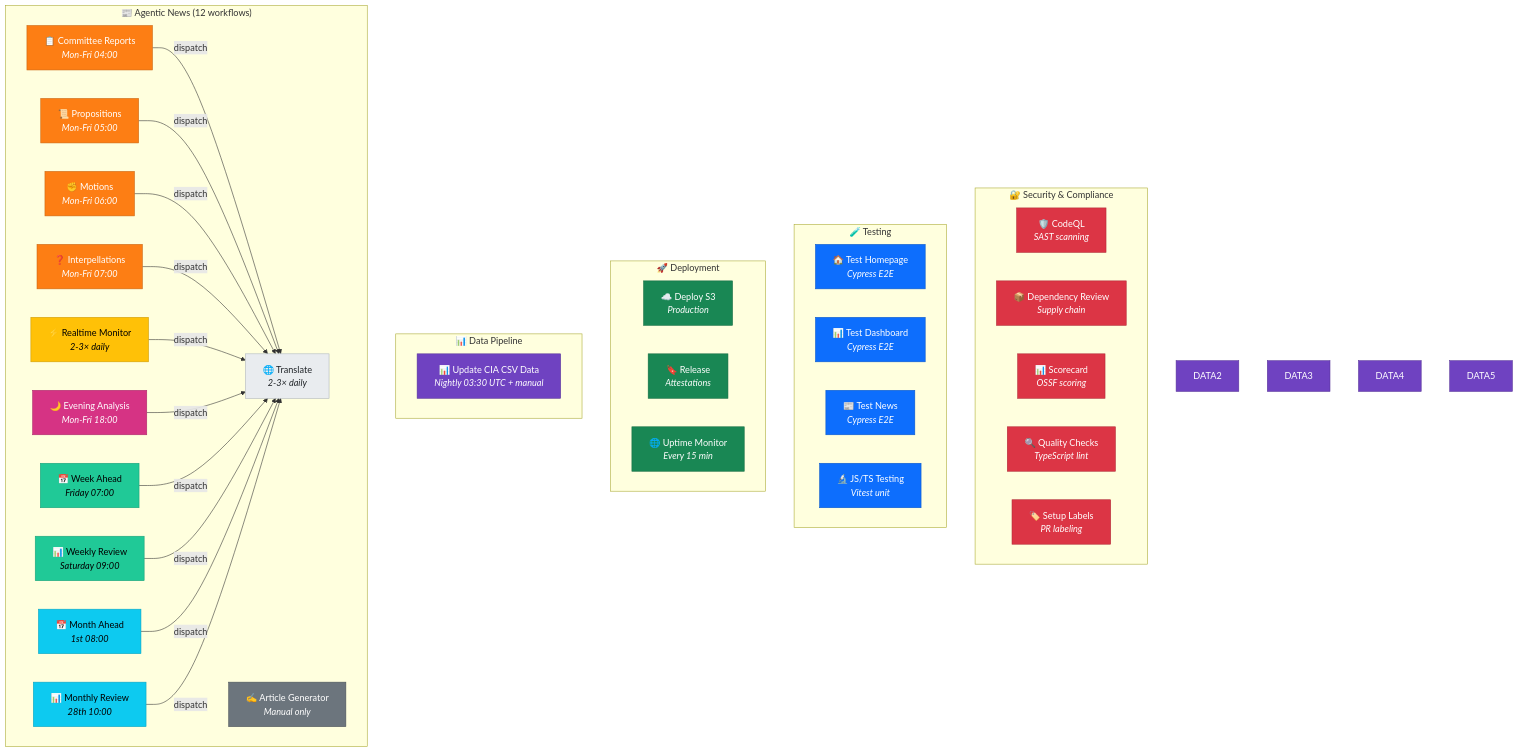
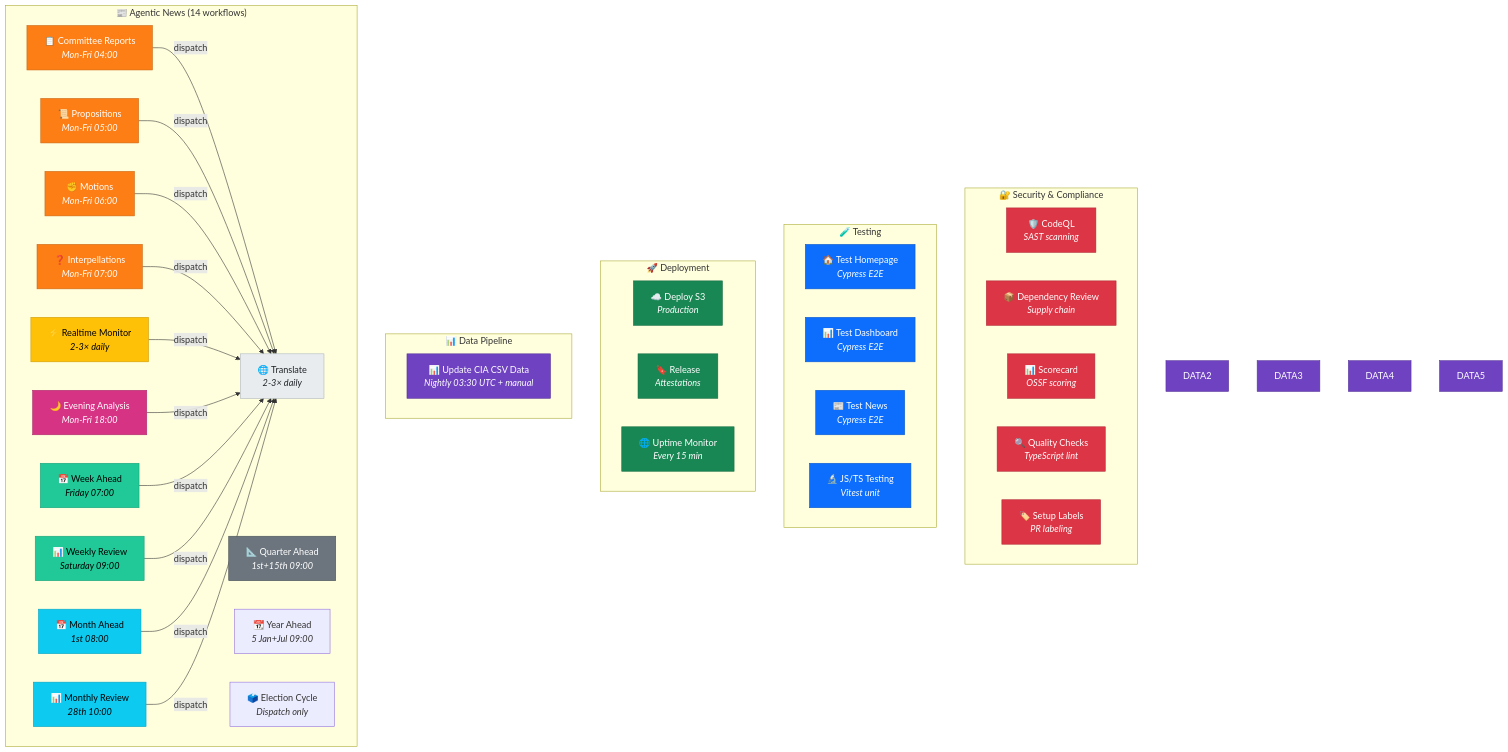
One commit to Hack23/riksdagsmonitor changed the third of 20 diagrams in WORKFLOWS.md. Above: the diagram before and after it, drawn with Mermaid. The commit also changed other lines of this file and 1 other file, not shown here.

First line of the commit message:
Update WORKFLOWS.md + FUTURE_WORKFLOWS.md with long-horizon pipeline diagrams, ISMS mapping, and KPIs

````diff
--- a/WORKFLOWS.md
+++ b/WORKFLOWS.md
@@ -218,75 +226,77 @@
 ```mermaid
 graph TB
     subgraph "🔐 Security & Compliance"
         SEC1["🛡️ CodeQL<br/><i>SAST scanning</i>"]
         SEC2["📦 Dependency Review<br/><i>Supply chain</i>"]
         SEC3["📊 Scorecard<br/><i>OSSF scoring</i>"]
         SEC4["🔍 Quality Checks<br/><i>TypeScript lint</i>"]
         SEC5["🏷️ Setup Labels<br/><i>PR labeling</i>"]
     end
 
     subgraph "🧪 Testing"
         TEST1["🏠 Test Homepage<br/><i>Cypress E2E</i>"]
         TEST2["📊 Test Dashboard<br/><i>Cypress E2E</i>"]
         TEST3["📰 Test News<br/><i>Cypress E2E</i>"]
         TEST4["🔬 JS/TS Testing<br/><i>Vitest unit</i>"]
     end
 
     subgraph "🚀 Deployment"
         DEP1["☁️ Deploy S3<br/><i>Production</i>"]
         DEP2["🔖 Release<br/><i>Attestations</i>"]
         DEP3["🌐 Uptime Monitor<br/><i>Every 15 min</i>"]
     end
 
     subgraph "📊 Data Pipeline"
         DATA1["📊 Update CIA CSV Data<br/><i>Nightly 03:30 UTC + manual</i>"]
     end
 
-    subgraph "📰 Agentic News (12 workflows)"
+    subgraph "📰 Agentic News (14 workflows)"
         NEWS1["📋 Committee Reports<br/><i>Mon-Fri 04:00</i>"]
         NEWS2["📜 Propositions<br/><i>Mon-Fri 05:00</i>"]
         NEWS3["✊ Motions<br/><i>Mon-Fri 06:00</i>"]
         NEWS4["❓ Interpellations<br/><i>Mon-Fri 07:00</i>"]
         NEWS5["⚡ Realtime Monitor<br/><i>2-3× daily</i>"]
         NEWS6["🌙 Evening Analysis<br/><i>Mon-Fri 18:00</i>"]
         NEWS7["📅 Week Ahead<br/><i>Friday 07:00</i>"]
         NEWS8["📊 Weekly Review<br/><i>Saturday 09:00</i>"]
         NEWS9["📅 Month Ahead<br/><i>1st 08:00</i>"]
         NEWS10["📊 Monthly Review<br/><i>28th 10:00</i>"]
         NEWS11["🌐 Translate<br/><i>2-3× daily</i>"]
-        NEWS12["✍️ Article Generator<br/><i>Manual only</i>"]
+        NEWS12["📐 Quarter Ahead<br/><i>1st+15th 09:00</i>"]
+        NEWS13["📆 Year Ahead<br/><i>5 Jan+Jul 09:00</i>"]
+        NEWS14["🗳️ Election Cycle<br/><i>Dispatch only</i>"]
     end
 
     NEWS1 & NEWS2 & NEWS3 & NEWS4 & NEWS5 & NEWS6 -->|"dispatch"| NEWS11
     NEWS7 & NEWS8 & NEWS9 & NEWS10 -->|"dispatch"| NEWS11
 
     style SEC1 fill:#dc3545,color:#fff,stroke:#b02a37
     style SEC2 fill:#dc3545,color:#fff,stroke:#b02a37
     style SEC3 fill:#dc3545,color:#fff,stroke:#b02a37
     style SEC4 fill:#dc3545,color:#fff,stroke:#b02a37
     style SEC5 fill:#dc3545,color:#fff,stroke:#b02a37
     style TEST1 fill:#0d6efd,color:#fff,stroke:#0a58ca
     style TEST2 fill:#0d6efd,color:#fff,stroke:#0a58ca
     style TEST3 fill:#0d6efd,color:#fff,stroke:#0a58ca
     style TEST4 fill:#0d6efd,color:#fff,stroke:#0a58ca
     style DEP1 fill:#198754,color:#fff,stroke:#146c43
     style DEP2 fill:#198754,color:#fff,stroke:#146c43
     style DEP3 fill:#198754,color:#fff,stroke:#146c43
     style DATA1 fill:#6f42c1,color:#fff,stroke:#59359a
     style DATA2 fill:#6f42c1,color:#fff,stroke:#59359a
     style DATA3 fill:#6f42c1,color:#fff,stroke:#59359a
     style DATA4 fill:#6f42c1,color:#fff,stroke:#59359a
     style DATA5 fill:#6f42c1,color:#fff,stroke:#59359a
     style NEWS1 fill:#fd7e14,color:#fff,stroke:#ca6510
     style NEWS2 fill:#fd7e14,color:#fff,stroke:#ca6510
     style NEWS3 fill:#fd7e14,color:#fff,stroke:#ca6510
     style NEWS4 fill:#fd7e14,color:#fff,stroke:#ca6510
     style NEWS5 fill:#ffc107,color:#000,stroke:#cc9a06
     style NEWS6 fill:#d63384,color:#fff,stroke:#ab296a
     style NEWS7 fill:#20c997,color:#000,stroke:#1aa179
     style NEWS8 fill:#20c997,color:#000,stroke:#1aa179
     style NEWS9 fill:#0dcaf0,color:#000,stroke:#0aa2c0
     style NEWS10 fill:#0dcaf0,color:#000,stroke:#0aa2c0
     style NEWS11 fill:#e9ecef,color:#212529,stroke:#adb5bd
     style NEWS12 fill:#6c757d,color:#fff,stroke:#495057
 ```
````
